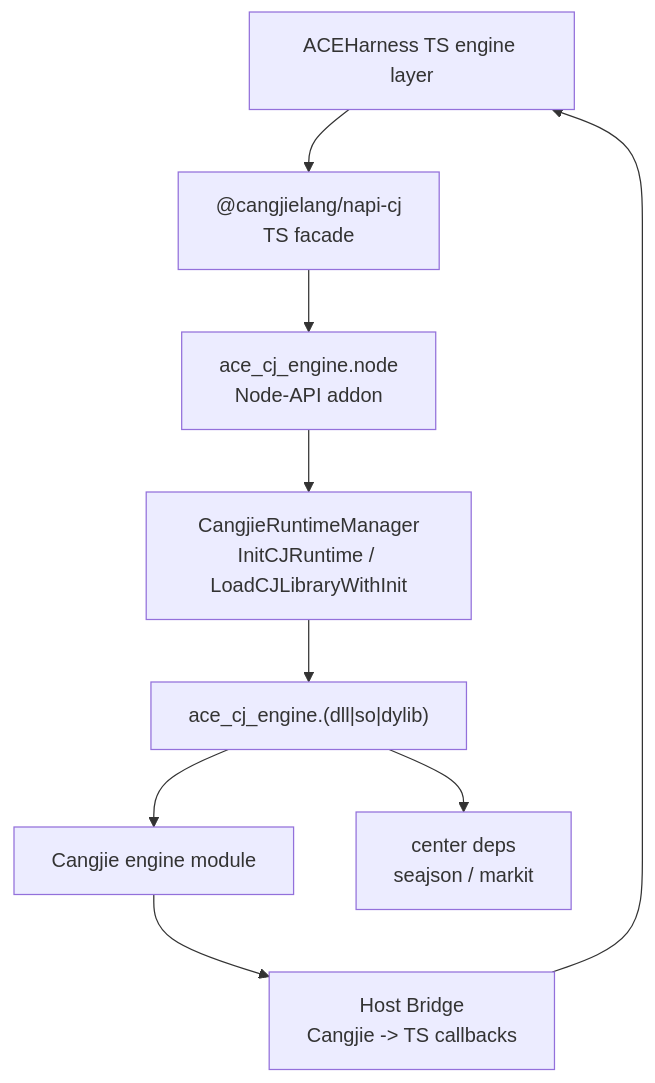
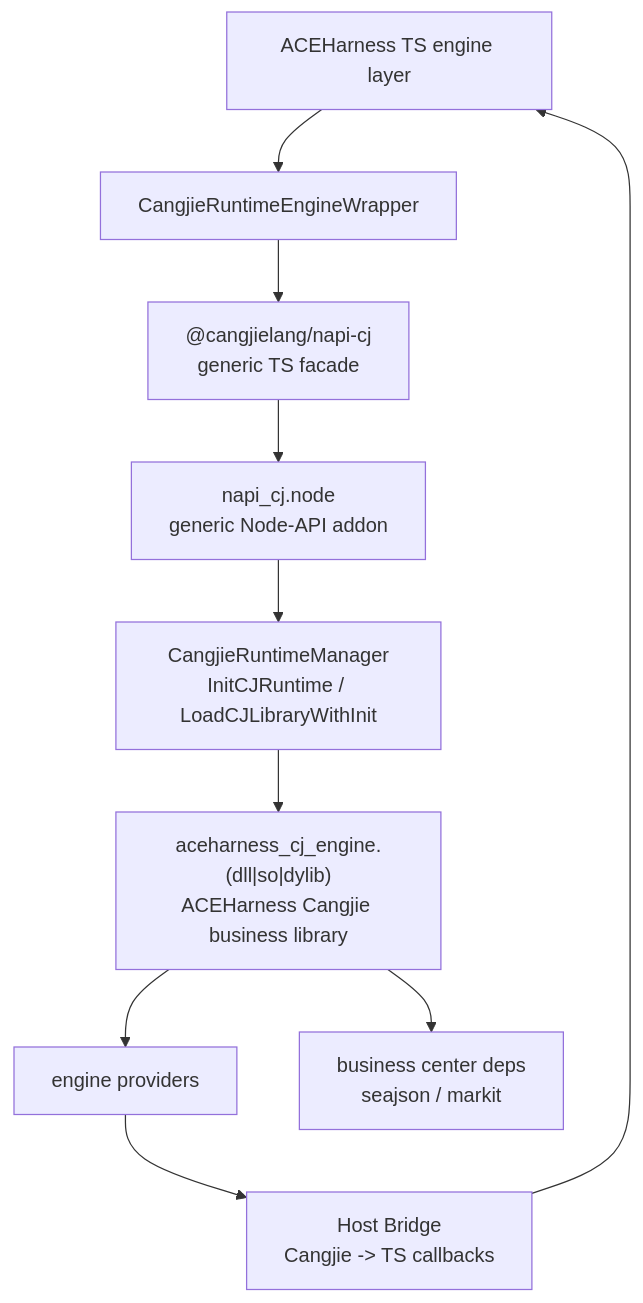
Before and after one commit to TheAceTeam/AceHarness: the diagram in docs/napi-cj/overview.md, drawn with Mermaid. The commit also changed other lines of this file and 11 other files, not shown here.

Commit message:
docs: define native and wasm cangjie runtime plans

````diff
--- a/docs/napi-cj/overview.md
+++ b/docs/napi-cj/overview.md
@@ -27,20 +29,22 @@
 ```mermaid
 flowchart TB
-  TS["ACEHarness TS engine layer"]
-  Facade["@cangjielang/napi-cj<br/>TS facade"]
-  Native["ace_cj_engine.node<br/>Node-API addon"]
+  ACE["ACEHarness TS engine layer"]
+  Adapter["CangjieRuntimeEngineWrapper"]
+  Facade["@cangjielang/napi-cj<br/>generic TS facade"]
+  Addon["napi_cj.node<br/>generic Node-API addon"]
   Runtime["CangjieRuntimeManager<br/>InitCJRuntime / LoadCJLibraryWithInit"]
-  Lib["ace_cj_engine.(dll|so|dylib)"]
-  Modules["Cangjie engine module"]
-  Deps["center deps<br/>seajson / markit"]
+  Business["aceharness_cj_engine.(dll|so|dylib)<br/>ACEHarness Cangjie business library"]
+  Providers["engine providers"]
+  Deps["business center deps<br/>seajson / markit"]
   Host["Host Bridge<br/>Cangjie -> TS callbacks"]
 
-  TS --> Facade
-  Facade --> Native
-  Native --> Runtime
-  Runtime --> Lib
-  Lib --> Modules
-  Lib --> Deps
-  Modules --> Host
-  Host --> TS
+  ACE --> Adapter
+  Adapter --> Facade
+  Facade --> Addon
+  Addon --> Runtime
+  Runtime --> Business
+  Business --> Providers
+  Business --> Deps
+  Providers --> Host
+  Host --> ACE
 ```
````
